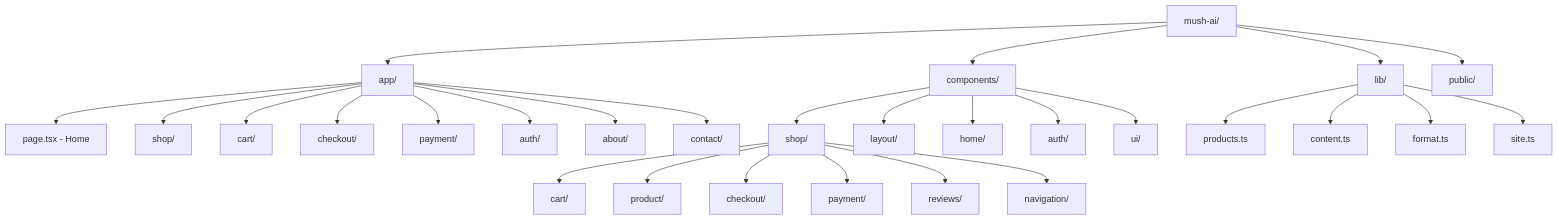
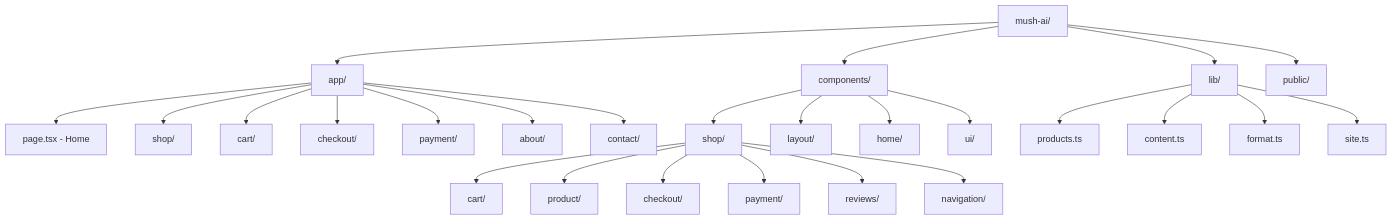
Before and after one commit to JHUB-AFRICA/mush-ai-web: the second of 2 diagrams in README.md, drawn with Mermaid. The commit also changed other lines of this file and 9 other files, not shown here.

````diff
--- a/README.md
+++ b/README.md
@@ -156,34 +148,32 @@
 ```mermaid
 graph TD
     A[mush-ai/] --> B[app/]
     A --> C[components/]
     A --> D[lib/]
     A --> E[public/]
 
     B --> B1[page.tsx - Home]
     B --> B2[shop/]
     B --> B3[cart/]
     B --> B4[checkout/]
     B --> B5[payment/]
-    B --> B6[auth/]
-    B --> B7[about/]
-    B --> B8[contact/]
+    B --> B6[about/]
+    B --> B7[contact/]
 
     C --> C1[shop/]
     C --> C2[layout/]
     C --> C3[home/]
-    C --> C4[auth/]
-    C --> C5[ui/]
+    C --> C4[ui/]
 
     C1 --> C1a[cart/]
     C1 --> C1b[product/]
     C1 --> C1c[checkout/]
     C1 --> C1d[payment/]
     C1 --> C1e[reviews/]
     C1 --> C1f[navigation/]
 
     D --> D1[products.ts]
     D --> D2[content.ts]
     D --> D3[format.ts]
     D --> D4[site.ts]
 ```
````
